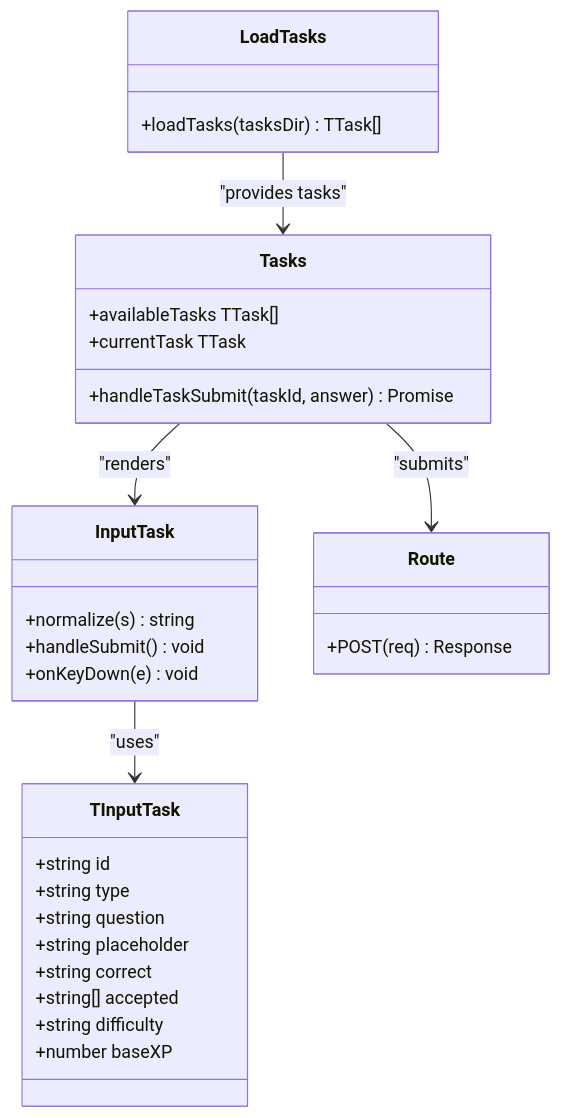
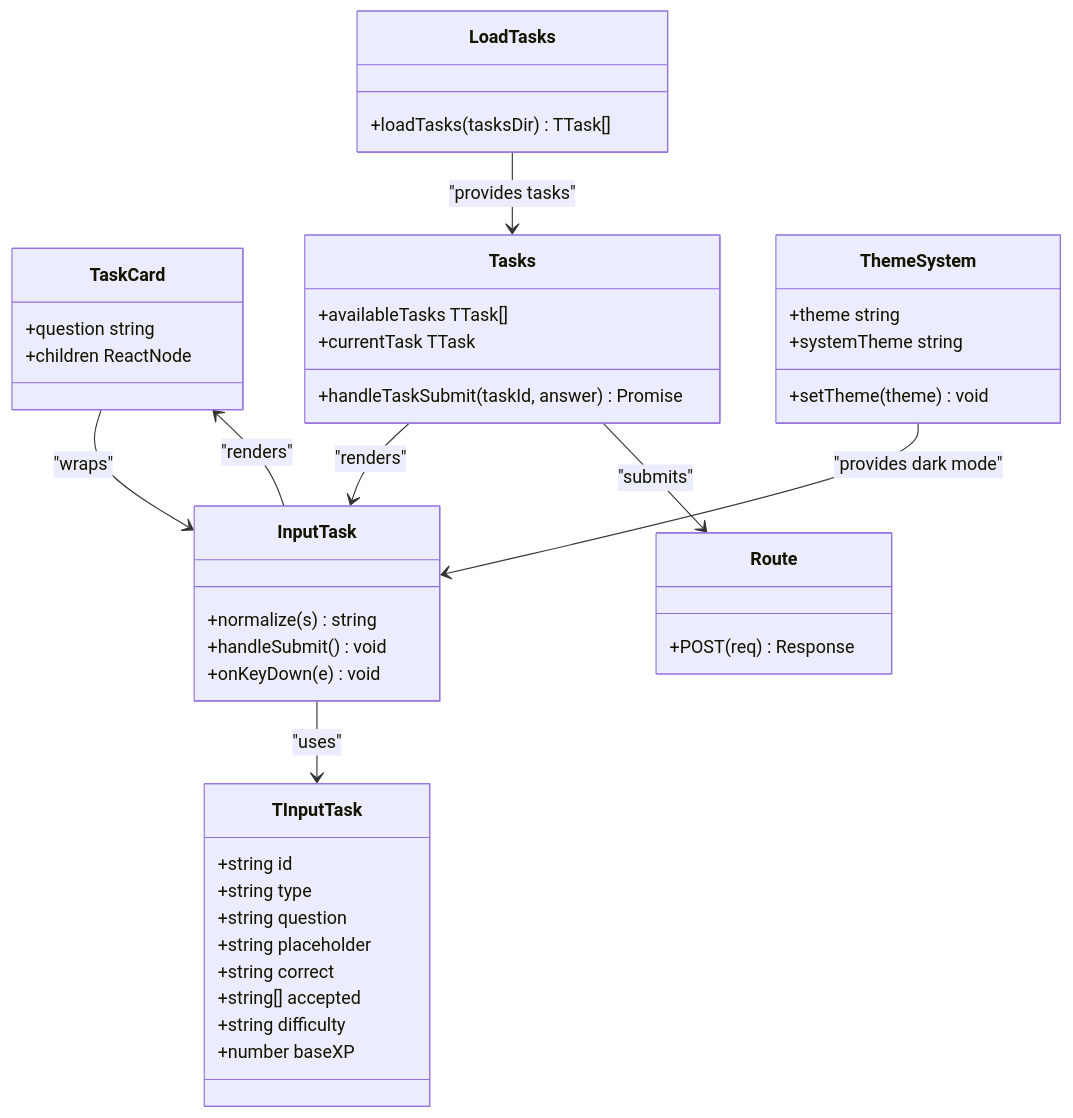
One commit to AlexKutz/math-app-next-js changed the third of 3 diagrams in .qoder/repowiki/en/content/Core Features/Learning Interface/Input-based Tasks.md. Above: the diagram before and after it, drawn with Mermaid. The commit also changed other lines of this file and 125 other files, not shown here.

````diff
--- a/.qoder/repowiki/en/content/Core Features/Learning Interface/Input-based Tasks.md
+++ b/.qoder/repowiki/en/content/Core Features/Learning Interface/Input-based Tasks.md
@@ -241,33 +386,45 @@
 ```mermaid
 classDiagram
 class TInputTask {
 +string id
 +string type
 +string question
 +string placeholder
 +string correct
 +string[] accepted
 +string difficulty
 +number baseXP
+}
+class TaskCard {
++question string
++children ReactNode
 }
 class InputTask {
 +normalize(s) string
 +handleSubmit() void
 +onKeyDown(e) void
 }
 class Tasks {
 +handleTaskSubmit(taskId, answer) Promise<void>
 +availableTasks TTask[]
 +currentTask TTask
 }
 class LoadTasks {
 +loadTasks(tasksDir) TTask[]
 }
 class Route {
 +POST(req) Response
 }
+class ThemeSystem {
++theme string
++setTheme(theme) void
++systemTheme string
+}
+TaskCard --> InputTask : "wraps"
 InputTask --> TInputTask : "uses"
+InputTask --> TaskCard : "renders"
 Tasks --> InputTask : "renders"
 Tasks --> Route : "submits"
 LoadTasks --> Tasks : "provides tasks"
+ThemeSystem --> InputTask : "provides dark mode"
 ```
````
